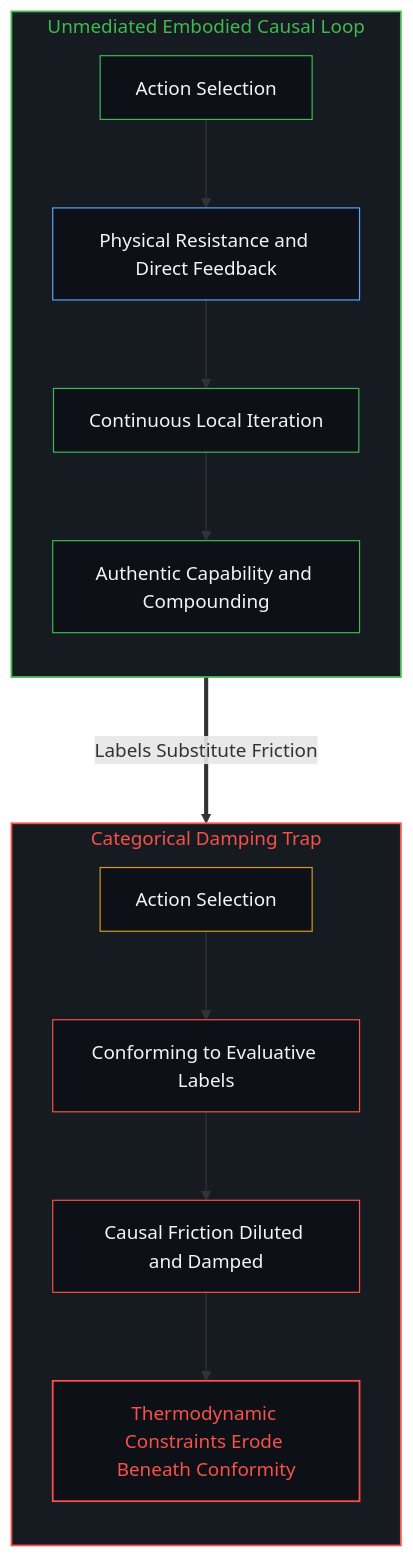
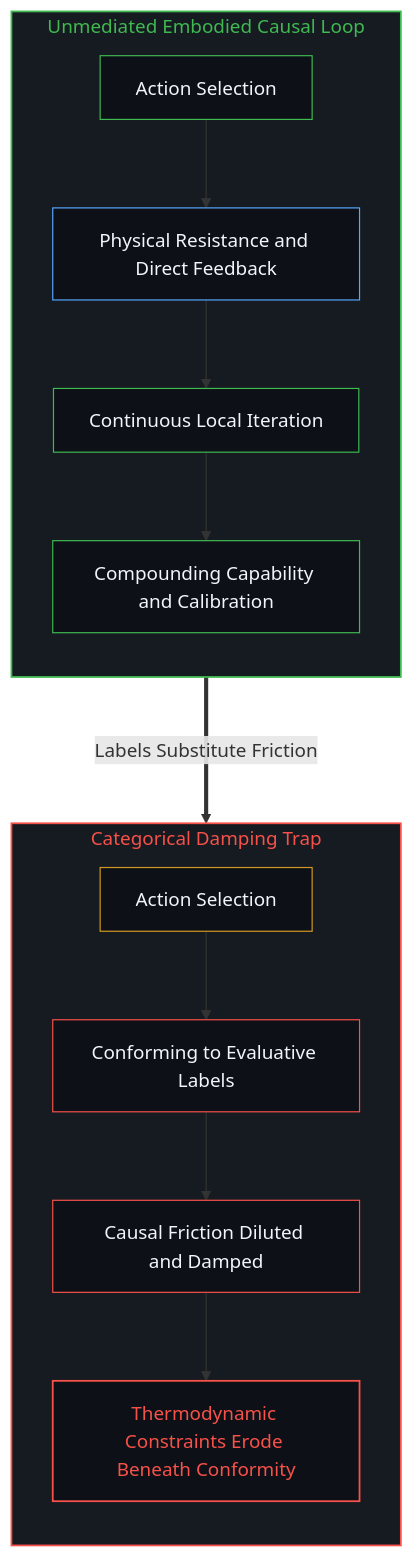
Before and after one commit to powerpig99/not-a-toe: the sixth of 6 diagrams in content/posts/compulsory-kindness-and-the-obscuration-of-categorical-feedback.md, drawn with Mermaid. The commit also changed other lines of this file and 7 other files, not shown here.

````diff
--- a/content/posts/compulsory-kindness-and-the-obscuration-of-categorical-feedback.md
+++ b/content/posts/compulsory-kindness-and-the-obscuration-of-categorical-feedback.md
@@ -171,29 +162,26 @@
 ```mermaid
 flowchart TD
     subgraph S_Physical["Unmediated Embodied Causal Loop"]
         direction TB
         P1["Action Selection"] --> P2["Physical Resistance and Direct Feedback"]
         P2 --> P3["Continuous Local Iteration"]
-        P3 --> P4["Authentic Capability and Compounding"]
+        P3 --> P4["Compounding Capability and Calibration"]
     end
-
     subgraph S_Categorical["Categorical Damping Trap"]
         direction TB
         C1["Action Selection"] --> C2["Conforming to Evaluative Labels"]
         C2 --> C3["Causal Friction Diluted and Damped"]
         C3 --> C4["Thermodynamic Constraints Erode Beneath Conformity"]
     end
-
     P2 ===>|"Labels Substitute Friction"| C2
-
     style S_Physical fill:#161b22,stroke:#3fb950,stroke-width:1.5px,color:#3fb950
     style S_Categorical fill:#161b22,stroke:#f85149,stroke-width:1.5px,color:#f85149
     style P1 fill:#0d1117,stroke:#3fb950,stroke-width:1px,color:#f0f6fc
     style P2 fill:#0d1117,stroke:#58a6ff,stroke-width:1px,color:#f0f6fc
     style P3 fill:#0d1117,stroke:#3fb950,stroke-width:1px,color:#f0f6fc
     style P4 fill:#0d1117,stroke:#3fb950,stroke-width:1px,color:#f0f6fc
     style C1 fill:#0d1117,stroke:#d29922,stroke-width:1px,color:#f0f6fc
     style C2 fill:#0d1117,stroke:#f85149,stroke-width:1px,color:#f0f6fc
     style C3 fill:#0d1117,stroke:#f85149,stroke-width:1px,color:#f0f6fc
     style C4 fill:#0d1117,stroke:#f85149,stroke-width:1.5px,color:#f85149
 ```
````
